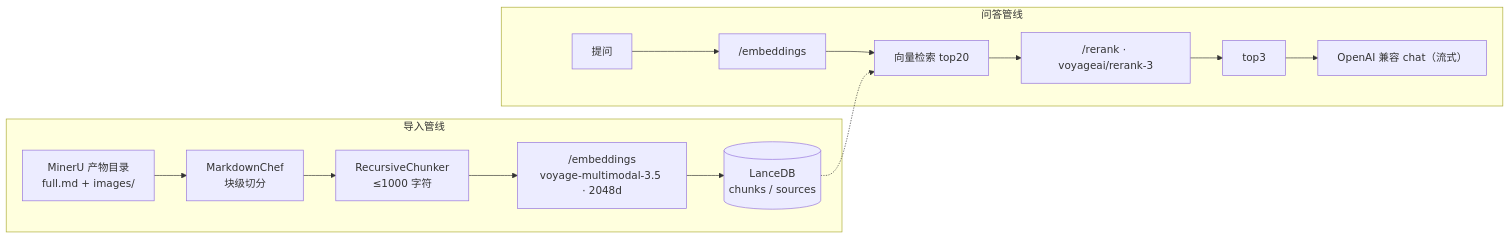
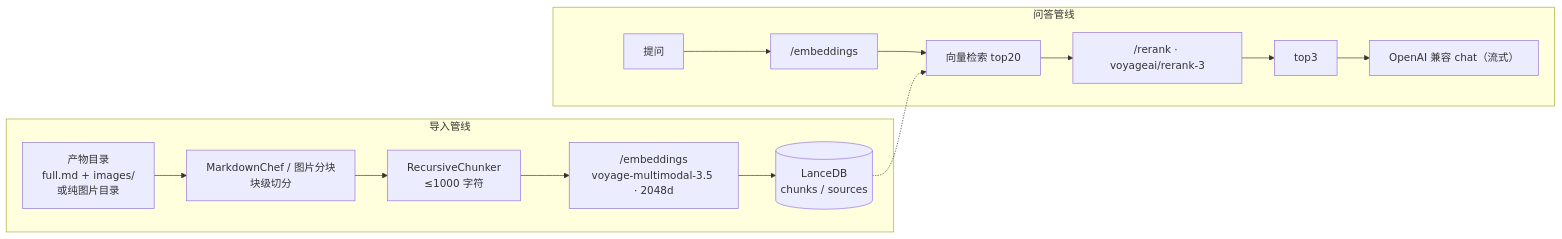
One commit to Wit-2k/rag-lite changed the diagram in 计划.md. Above: the diagram before and after it, drawn with Mermaid. The commit also changed other lines of this file and 17 other files, not shown here.

First line of the commit message:
feat(images): 支持纯图片数据源与多模态问答，发布 0.3.0

````diff
--- a/计划.md
+++ b/计划.md
@@ -136,13 +138,13 @@
 ```mermaid
 flowchart LR
   subgraph ingest[导入管线]
-    A["MinerU 产物目录<br/>full.md + images/"] --> B["MarkdownChef<br/>块级切分"]
+    A["产物目录<br/>full.md + images/<br/>或纯图片目录"] --> B["MarkdownChef / 图片分块<br/>块级切分"]
     B --> C["RecursiveChunker<br/>≤1000 字符"]
     C --> D["/embeddings<br/>voyage-multimodal-3.5 · 2048d"]
     D --> E[("LanceDB<br/>chunks / sources")]
   end
   subgraph query[问答管线]
     Q[提问] --> QE["/embeddings"] --> S["向量检索 top20"] --> R["/rerank · voyageai/rerank-3"] --> T[top3] --> L["OpenAI 兼容 chat（流式）"]
     E -.-> S
   end
 ```
````
